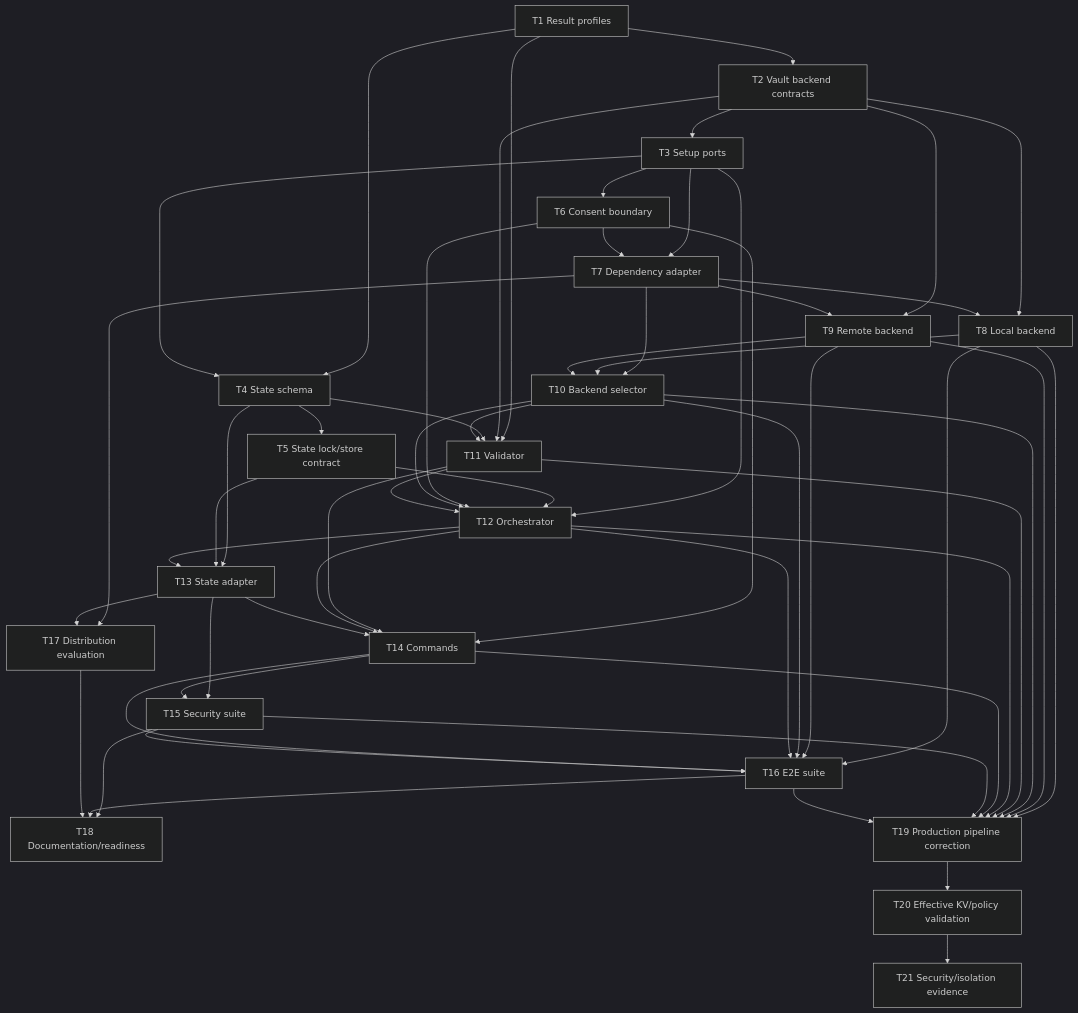
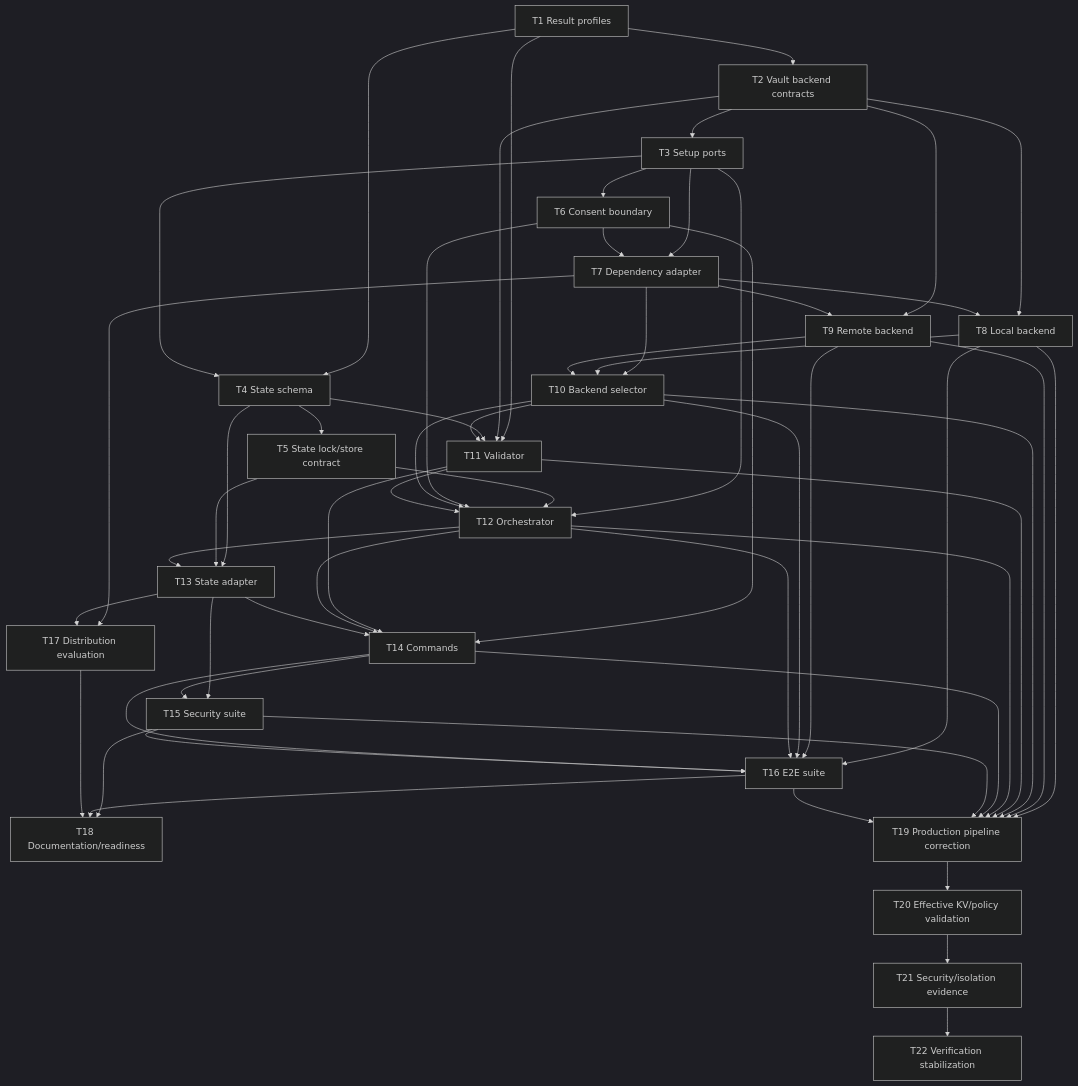
Before and after one commit to fean-developer/devvault: the diagram in .specs/features/devvault-setup/tasks.md, drawn with Mermaid (dark theme). The commit also changed other lines of this file and 13 other files, not shown here.

````diff
--- a/.specs/features/devvault-setup/tasks.md
+++ b/.specs/features/devvault-setup/tasks.md
@@ -550,57 +571,58 @@
 ```mermaid
 flowchart TD
     T1[T1 Result profiles] --> T2[T2 Vault backend contracts]
     T2 --> T3[T3 Setup ports]
     T1 --> T4[T4 State schema]
     T3 --> T4
     T4 --> T5[T5 State lock/store contract]
     T3 --> T6[T6 Consent boundary]
     T3 --> T7[T7 Dependency adapter]
     T6 --> T7
     T2 --> T8[T8 Local backend]
     T7 --> T8
     T2 --> T9[T9 Remote backend]
     T7 --> T9
     T7 --> T10[T10 Backend selector]
     T8 --> T10
     T9 --> T10
     T1 --> T11[T11 Validator]
     T2 --> T11
     T4 --> T11
     T10 --> T11
     T3 --> T12[T12 Orchestrator]
     T5 --> T12
     T6 --> T12
     T10 --> T12
     T11 --> T12
     T4 --> T13[T13 State adapter]
     T5 --> T13
     T12 --> T13
     T6 --> T14[T14 Commands]
     T11 --> T14
     T12 --> T14
     T13 --> T14
     T13 --> T15[T15 Security suite]
     T14 --> T15
     T8 --> T16[T16 E2E suite]
     T9 --> T16
     T10 --> T16
     T12 --> T16
     T14 --> T16
     T15 --> T16
     T7 --> T17[T17 Distribution evaluation]
     T13 --> T17
     T15 --> T18[T18 Documentation/readiness]
     T16 --> T18
     T17 --> T18
     T8 --> T19[T19 Production pipeline correction]
     T9 --> T19
     T10 --> T19
     T11 --> T19
     T12 --> T19
     T14 --> T19
     T15 --> T19
     T16 --> T19
     T19 --> T20[T20 Effective KV/policy validation]
     T20 --> T21[T21 Security/isolation evidence]
+    T21 --> T22[T22 Verification stabilization]
 ```
````
